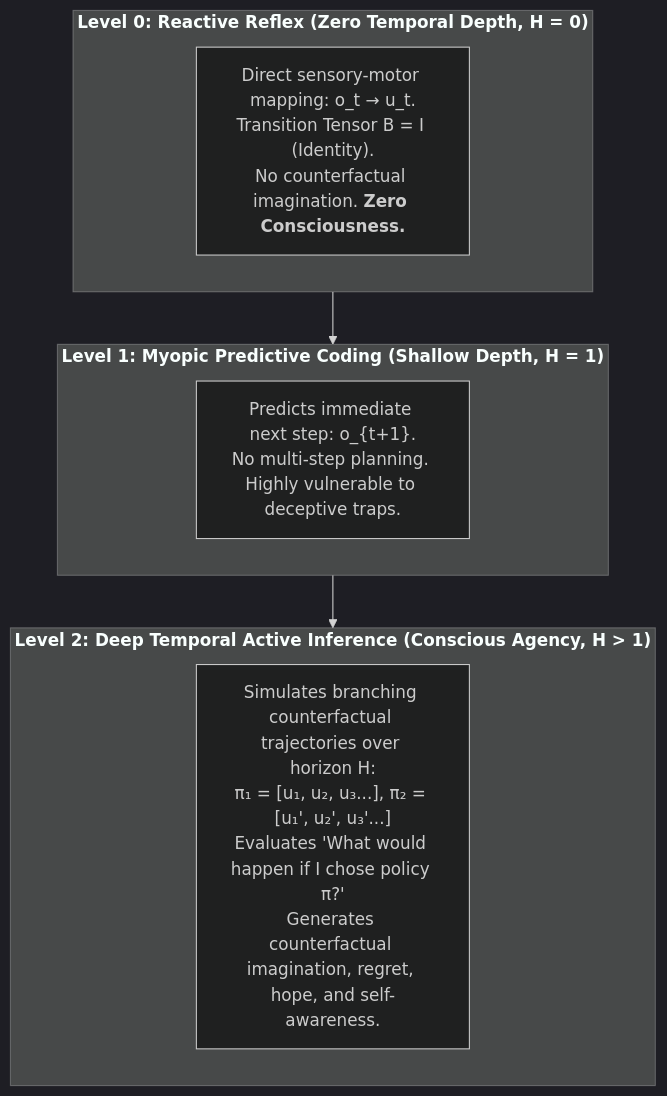
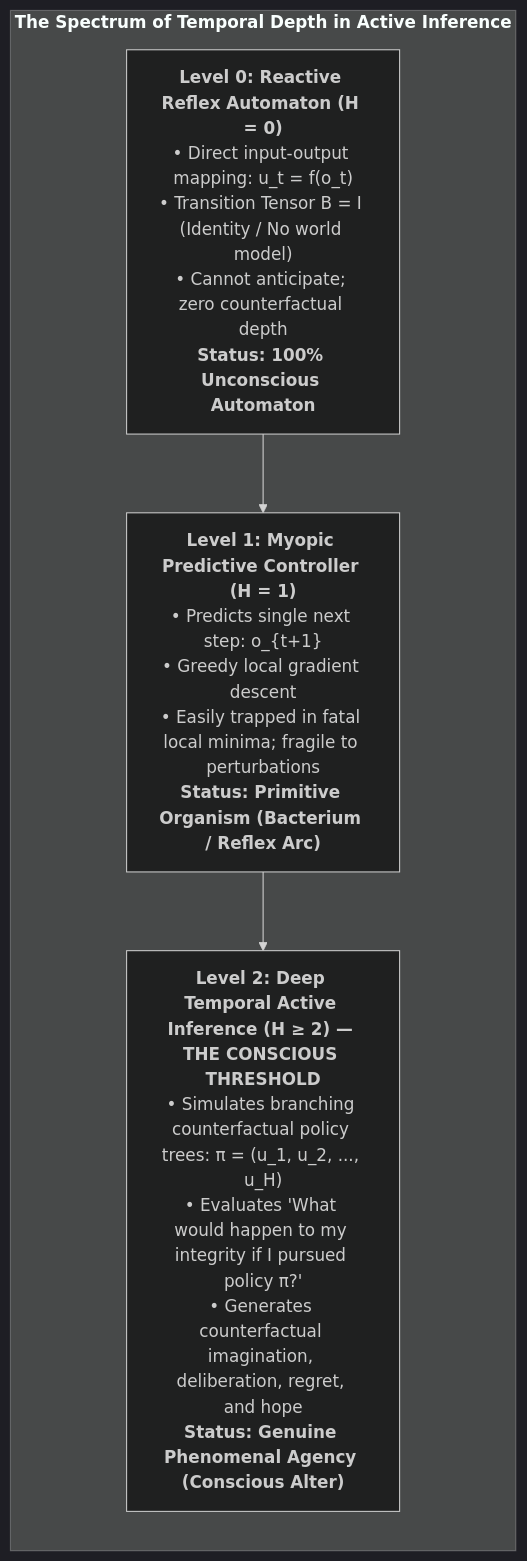
The fourth of 6 diagrams in book/manuscript_en/06_temporal_mechanics_of_consciousness_and_specious_present.md (Thriebl/active-inference-phi-network), drawn with Mermaid (dark theme) before and after one commit. The commit also changed other lines of this file and 19 other files, not shown here.

````diff
--- a/book/manuscript_en/06_temporal_mechanics_of_consciousness_and_specious_present.md
+++ b/book/manuscript_en/06_temporal_mechanics_of_consciousness_and_specious_present.md
@@ -54,16 +117,14 @@
 ```mermaid
 flowchart TD
-    subgraph L0["<b>Level 0: Reactive Reflex (Zero Temporal Depth, H = 0)</b>"]
-        R0["Direct sensory-motor mapping: o_t → u_t.<br>Transition Tensor B = I (Identity).<br>No counterfactual imagination. <b>Zero Consciousness.</b>"]
+    subgraph TEMPORAL_LEVELS["<b>The Spectrum of Temporal Depth in Active Inference</b>"]
+        direction TB
+        
+        LVL_0["<b>Level 0: Reactive Reflex Automaton (H = 0)</b><br>• Direct input-output mapping: u_t = f(o_t)<br>• Transition Tensor B = I (Identity / No world model)<br>• Cannot anticipate; zero counterfactual depth<br><b>Status: 100% Unconscious Automaton</b>"]
+        
+        LVL_1["<b>Level 1: Myopic Predictive Controller (H = 1)</b><br>• Predicts single next step: o_{t+1}<br>• Greedy local gradient descent<br>• Easily trapped in fatal local minima; fragile to perturbations<br><b>Status: Primitive Organism (Bacterium / Reflex Arc)</b>"]
+        
+        LVL_2["<b>Level 2: Deep Temporal Active Inference (H ≥ 2) — THE CONSCIOUS THRESHOLD</b><br>• Simulates branching counterfactual policy trees: π = (u_1, u_2, ..., u_H)<br>• Evaluates 'What would happen to my integrity if I pursued policy π?'<br>• Generates counterfactual imagination, deliberation, regret, and hope<br><b>Status: Genuine Phenomenal Agency (Conscious Alter)</b>"]
+        
+        LVL_0 --> LVL_1 --> LVL_2
     end
-
-    subgraph L1["<b>Level 1: Myopic Predictive Coding (Shallow Depth, H = 1)</b>"]
-        R1["Predicts immediate next step: o_{t+1}.<br>No multi-step planning. Highly vulnerable to deceptive traps."]
-    end
-
-    subgraph L2["<b>Level 2: Deep Temporal Active Inference (Conscious Agency, H > 1)</b>"]
-        R2["Simulates branching counterfactual trajectories over horizon H:<br>π₁ = [u₁, u₂, u₃...], π₂ = [u₁', u₂', u₃'...]<br>Evaluates 'What would happen if I chose policy π?'<br>Generates counterfactual imagination, regret, hope, and self-awareness."]
-    end
-
-    L0 --> L1 --> L2
 ```
````
